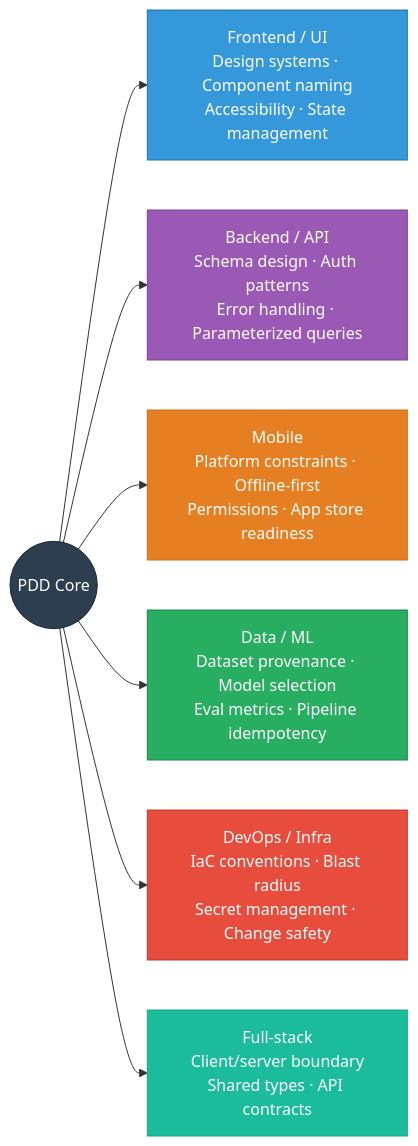
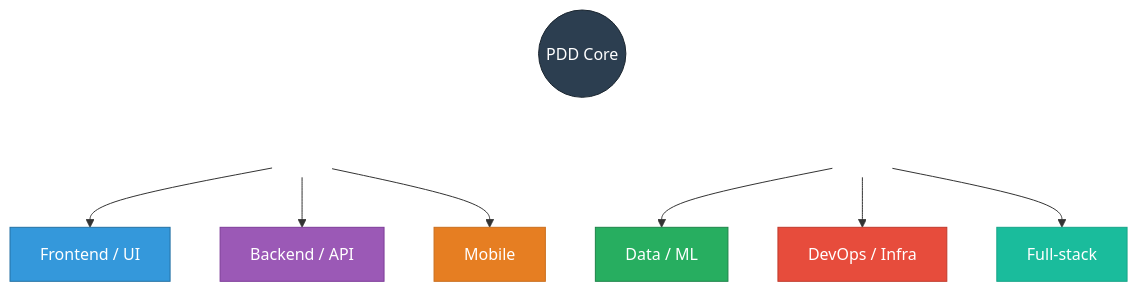
Before and after one commit to harshal2802/pdd-skill: the third of 5 diagrams in docs/philosophy.md, drawn with Mermaid. The commit also changed other lines of this file, not shown here.

Commit message:
Improve readability of project type flavors diagram
Switch from LR to TD layout with two-row grouping, move
detail text into a companion table for scannability.

````diff
--- a/docs/philosophy.md
+++ b/docs/philosophy.md
@@ -97,19 +97,27 @@
 ```mermaid
-graph LR
+graph TD
     PDD((PDD Core))
 
-    PDD --> FE["Frontend / UI\nDesign systems · Component naming\nAccessibility · State management"]
-    PDD --> BE["Backend / API\nSchema design · Auth patterns\nError handling · Parameterized queries"]
-    PDD --> MO["Mobile\nPlatform constraints · Offline-first\nPermissions · App store readiness"]
-    PDD --> DA["Data / ML\nDataset provenance · Model selection\nEval metrics · Pipeline idempotency"]
-    PDD --> DO["DevOps / Infra\nIaC conventions · Blast radius\nSecret management · Change safety"]
-    PDD --> FS["Full-stack\nClient/server boundary\nShared types · API contracts"]
+    PDD --> row1[ ] & row2[ ]
 
+    row1 --> FE["Frontend / UI"]
+    row1 --> BE["Backend / API"]
+    row1 --> MO["Mobile"]
+
+    row2 --> DA["Data / ML"]
+    row2 --> DO["DevOps / Infra"]
+    row2 --> FS["Full-stack"]
+
+    style row1 fill:none,stroke:none
+    style row2 fill:none,stroke:none
     style PDD fill:#2c3e50,stroke:#1a252f,color:#fff
     style FE fill:#3498db,stroke:#2471a3,color:#fff
     style BE fill:#9b59b6,stroke:#7d3c98,color:#fff
     style MO fill:#e67e22,stroke:#ca6f1e,color:#fff
     style DA fill:#27ae60,stroke:#1e8449,color:#fff
     style DO fill:#e74c3c,stroke:#c0392b,color:#fff
     style FS fill:#1abc9c,stroke:#17a589,color:#fff
+
+    linkStyle 0 stroke:none
+    linkStyle 1 stroke:none
 ```
````
